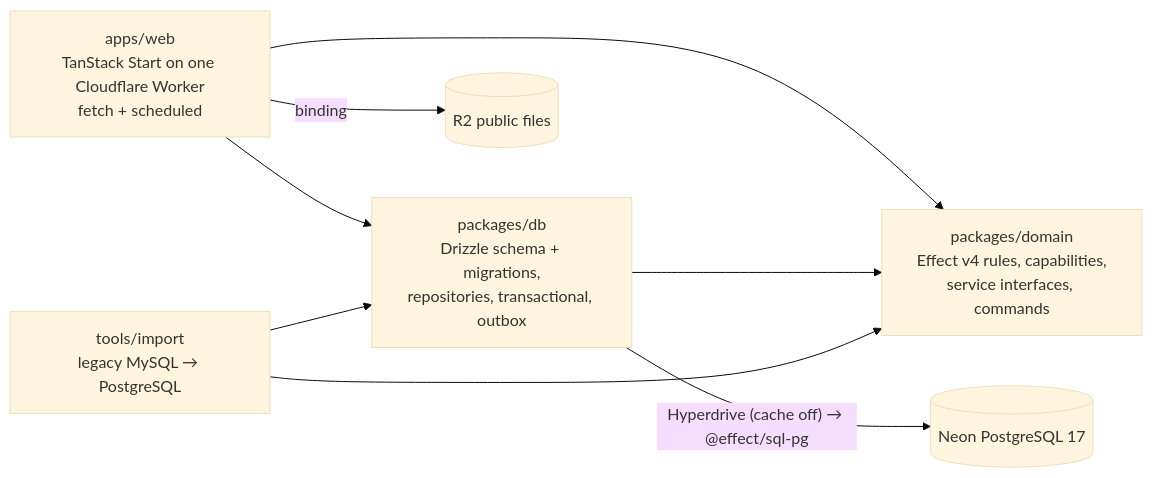
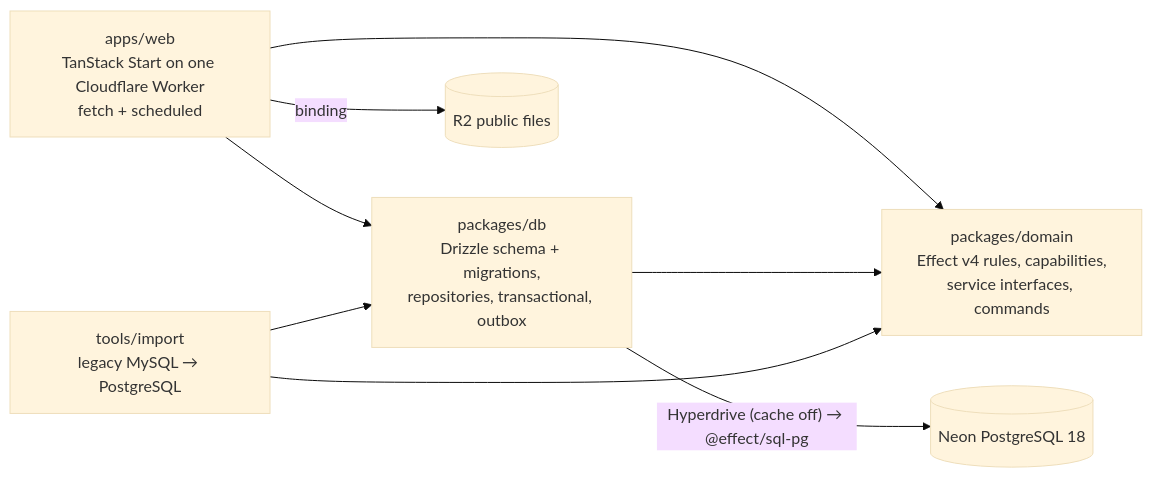
One commit to phibkro/vektorprogrammet-reimagined changed the diagram in AGENTS.md. Above: the diagram before and after it, drawn with Mermaid (base theme). The commit also changed other lines of this file and 1 other file, not shown here.

Commit message:
docs(db): document the Neon project, branches, roles and secrets

````diff
--- a/AGENTS.md
+++ b/AGENTS.md
@@ -21,10 +21,10 @@
 ```mermaid
 flowchart LR
   web["apps/web<br/>TanStack Start on one Cloudflare Worker<br/>fetch + scheduled"] --> domain["packages/domain<br/>Effect v4 rules, capabilities,<br/>service interfaces, commands"]
   web --> db["packages/db<br/>Drizzle schema + migrations,<br/>repositories, transactional, outbox"]
   db --> domain
   import["tools/import<br/>legacy MySQL → PostgreSQL"] --> db
   import --> domain
-  db -->|"Hyperdrive (cache off) → @effect/sql-pg"| pg[("Neon PostgreSQL 17")]
+  db -->|"Hyperdrive (cache off) → @effect/sql-pg"| pg[("Neon PostgreSQL 18")]
   web -->|binding| r2[("R2 public files")]
 ```
````
